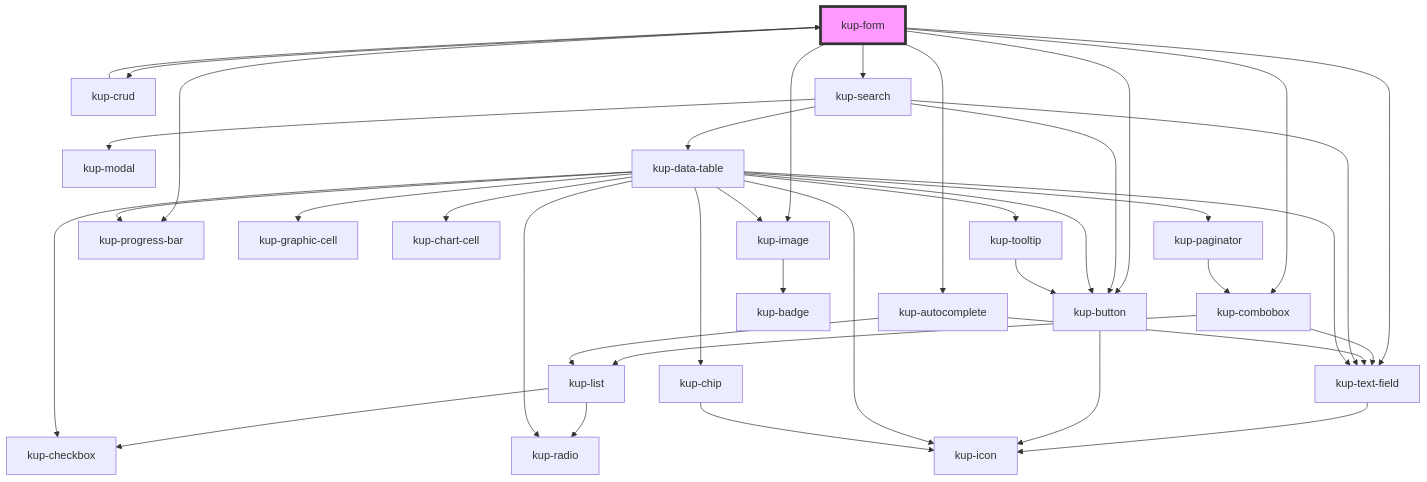
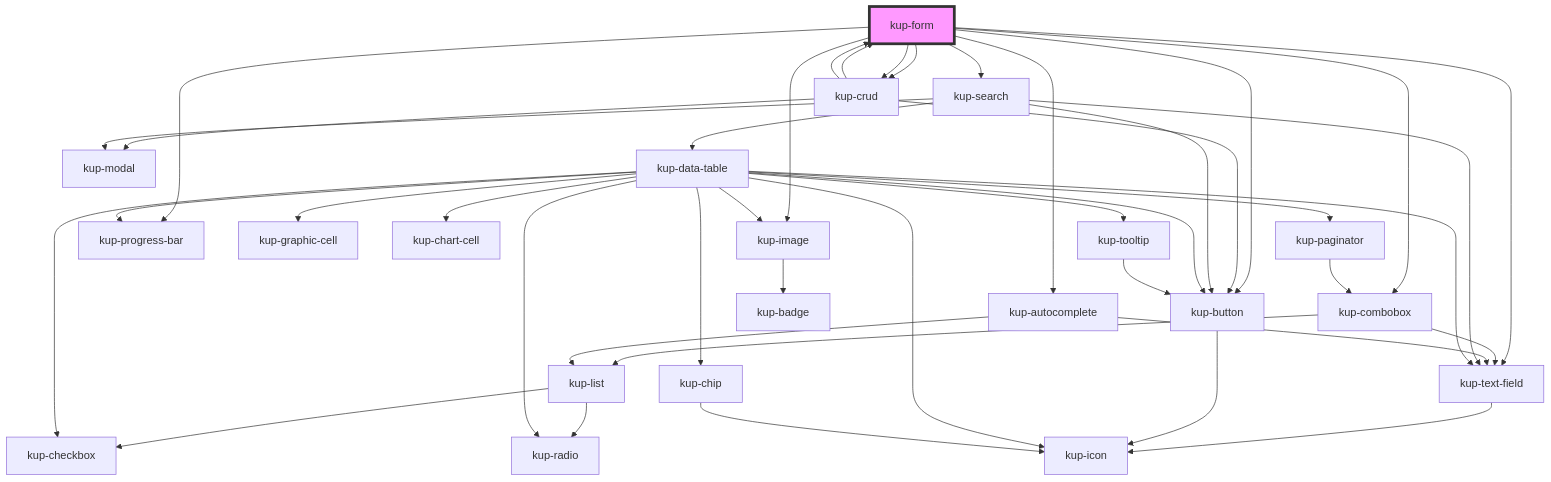
One commit to smeup/ketchup changed the diagram in packages/ketchup/src/components/kup-form/readme.md. Above: the diagram before and after it, drawn with Mermaid. The commit also changed other lines of this file and 40 other files, not shown here.

````diff
--- a/packages/ketchup/src/components/kup-form/readme.md
+++ b/packages/ketchup/src/components/kup-form/readme.md
@@ -131,41 +132,45 @@
 ```mermaid
 graph TD;
   kup-form --> kup-combobox
   kup-form --> kup-crud
   kup-form --> kup-autocomplete
   kup-form --> kup-search
   kup-form --> kup-image
   kup-form --> kup-progress-bar
   kup-form --> kup-text-field
   kup-form --> kup-button
+  kup-form --> kup-crud
   kup-combobox --> kup-text-field
   kup-combobox --> kup-list
   kup-text-field --> kup-icon
   kup-list --> kup-radio
   kup-list --> kup-checkbox
+  kup-crud --> kup-button
+  kup-crud --> kup-modal
+  kup-crud --> kup-form
   kup-crud --> kup-form
   kup-button --> kup-icon
   kup-autocomplete --> kup-text-field
   kup-autocomplete --> kup-list
   kup-search --> kup-text-field
   kup-search --> kup-button
   kup-search --> kup-modal
   kup-search --> kup-data-table
   kup-data-table --> kup-checkbox
   kup-data-table --> kup-text-field
   kup-data-table --> kup-icon
   kup-data-table --> kup-image
   kup-data-table --> kup-button
   kup-data-table --> kup-graphic-cell
   kup-data-table --> kup-chart-cell
   kup-data-table --> kup-progress-bar
   kup-data-table --> kup-radio
   kup-data-table --> kup-tooltip
   kup-data-table --> kup-paginator
   kup-data-table --> kup-chip
   kup-image --> kup-badge
   kup-tooltip --> kup-button
   kup-paginator --> kup-combobox
   kup-chip --> kup-icon
   style kup-form fill:#f9f,stroke:#333,stroke-width:4px
 ```
````
